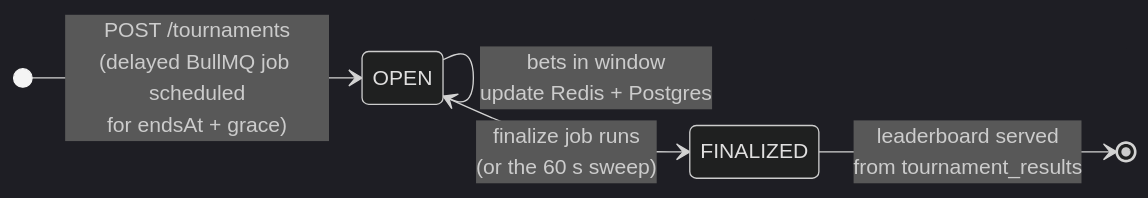
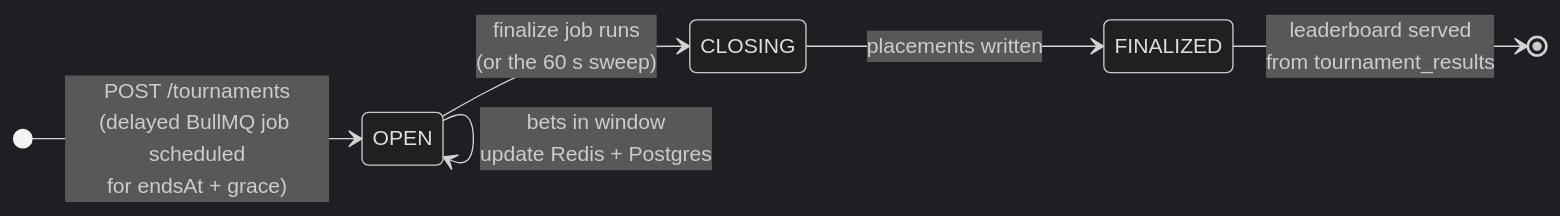
One commit to tomBold/tournaments changed the third of 4 diagrams in README.md. Above: the diagram before and after it, drawn with Mermaid (dark theme). The commit also changed other lines of this file and 35 other files, not shown here.

````diff
--- a/README.md
+++ b/README.md
@@ -233,8 +266,9 @@
 ```mermaid
 stateDiagram-v2
     direction LR
     [*] --> OPEN: POST /tournaments<br/>(delayed BullMQ job scheduled<br/>for endsAt + grace)
     OPEN --> OPEN: bets in window<br/>update Redis + Postgres
-    OPEN --> FINALIZED: finalize job runs<br/>(or the 60 s sweep)
+    OPEN --> CLOSING: finalize job runs<br/>(or the 60 s sweep)
+    CLOSING --> FINALIZED: placements written
     FINALIZED --> [*]: leaderboard served<br/>from tournament_results
 ```
````
